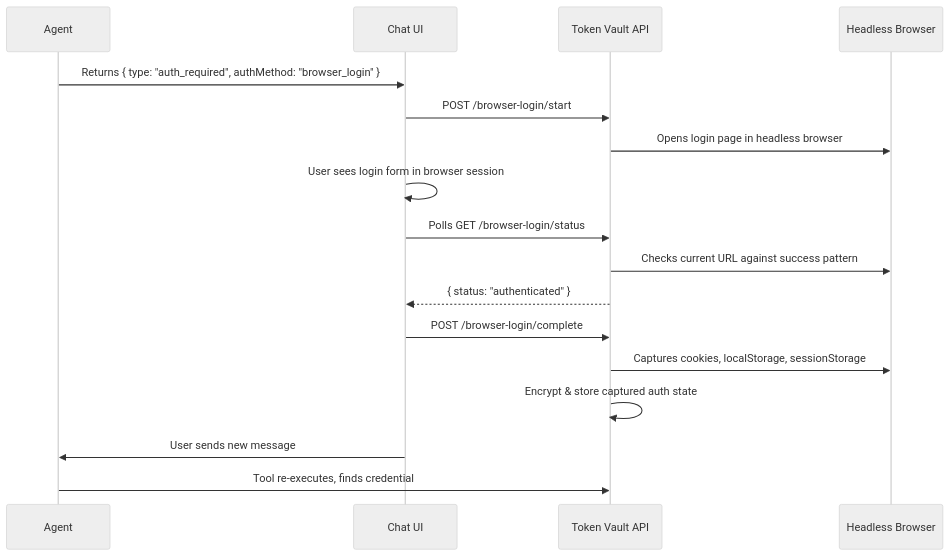
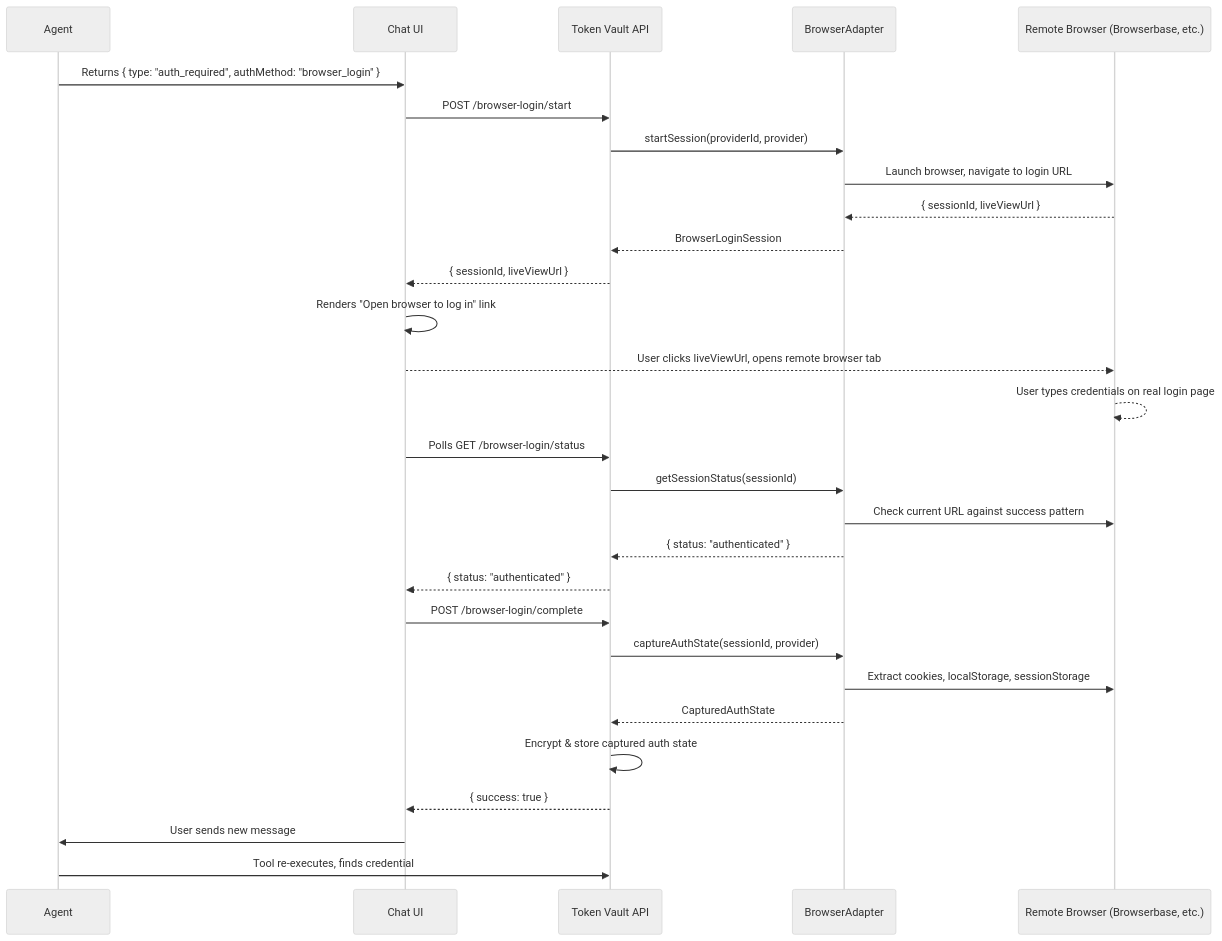
One commit to chriswoj/ai-token-vault changed the third of 3 diagrams in README.md. Above: the diagram before and after it, drawn with Mermaid (neutral theme). The commit also changed other lines of this file, not shown here.

Commit message:
Enhance README with detailed explanations of credential flows and adapter functionalities

````diff
--- a/README.md
+++ b/README.md
@@ -91,20 +104,32 @@
 ```mermaid
 sequenceDiagram
     participant Agent
     participant UI as Chat UI
     participant API as Token Vault API
-    participant Browser as Headless Browser
+    participant BA as BrowserAdapter
+    participant Remote as Remote Browser (Browserbase, etc.)
 
     Agent->>UI: Returns { type: "auth_required", authMethod: "browser_login" }
     UI->>API: POST /browser-login/start
-    API->>Browser: Opens login page in headless browser
-    UI->>UI: User sees login form in browser session
+    API->>BA: startSession(providerId, provider)
+    BA->>Remote: Launch browser, navigate to login URL
+    Remote-->>BA: { sessionId, liveViewUrl }
+    BA-->>API: BrowserLoginSession
+    API-->>UI: { sessionId, liveViewUrl }
+    UI->>UI: Renders "Open browser to log in" link
+    UI-->>Remote: User clicks liveViewUrl, opens remote browser tab
+    Remote-->>Remote: User types credentials on real login page
     UI->>API: Polls GET /browser-login/status
-    API->>Browser: Checks current URL against success pattern
+    API->>BA: getSessionStatus(sessionId)
+    BA->>Remote: Check current URL against success pattern
+    BA-->>API: { status: "authenticated" }
     API-->>UI: { status: "authenticated" }
     UI->>API: POST /browser-login/complete
-    API->>Browser: Captures cookies, localStorage, sessionStorage
+    API->>BA: captureAuthState(sessionId, provider)
+    BA->>Remote: Extract cookies, localStorage, sessionStorage
+    BA-->>API: CapturedAuthState
     API->>API: Encrypt & store captured auth state
+    API-->>UI: { success: true }
     UI->>Agent: User sends new message
     Agent->>API: Tool re-executes, finds credential
 ```
````
